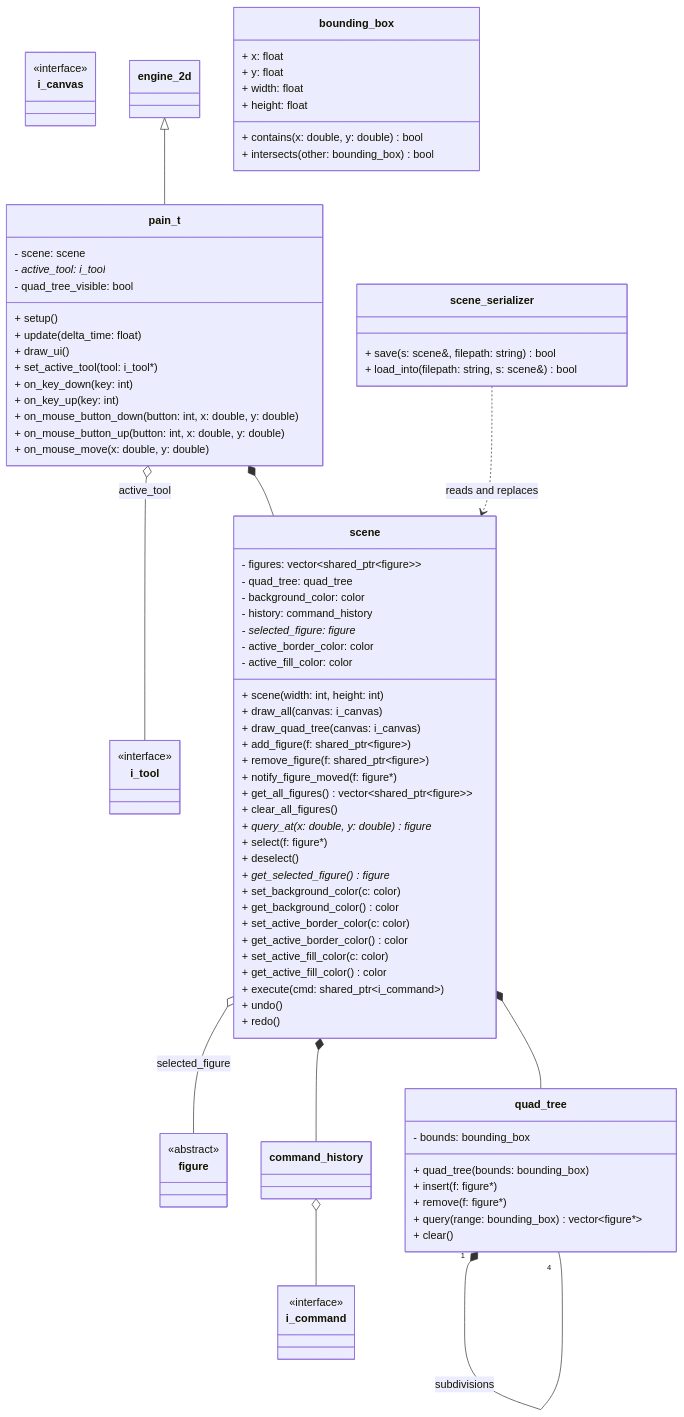
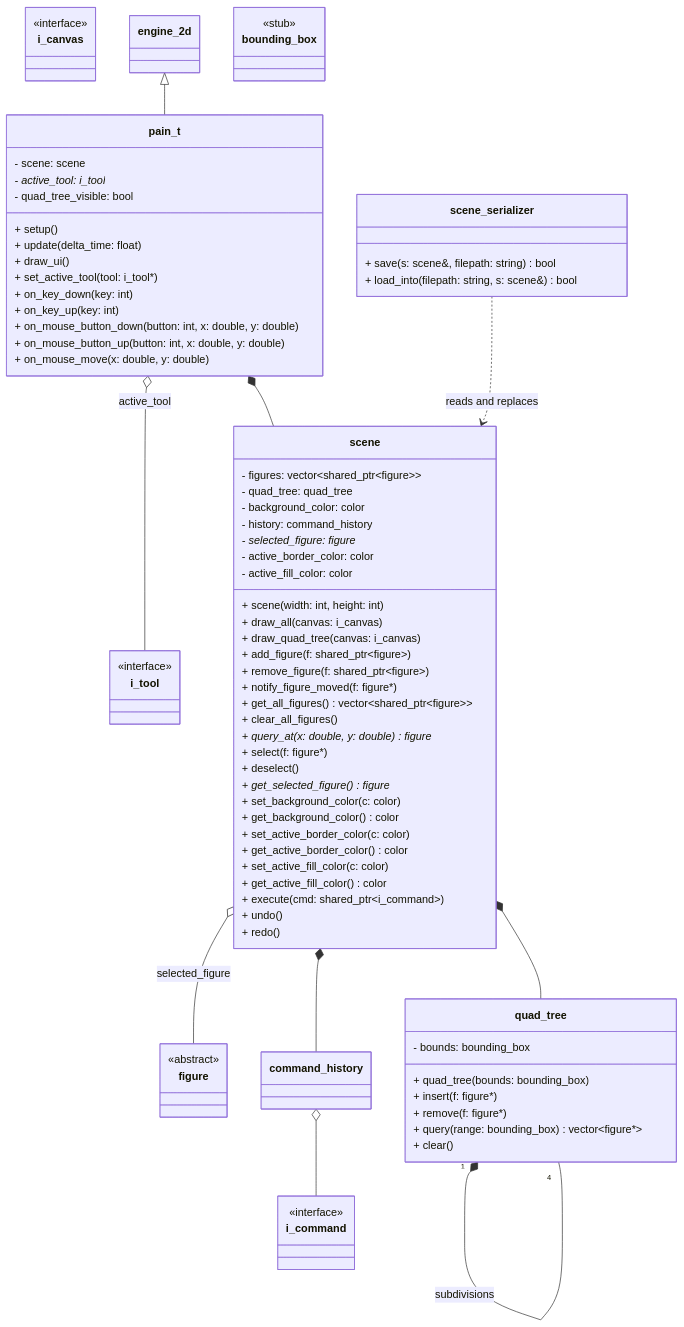
The diagram in diagrams/scene.md (MiguelCiav/pain_t), drawn with Mermaid before and after one commit. The commit also changed other lines of this file and 61 other files, not shown here.

```diff
--- a/diagrams/scene.md
+++ b/diagrams/scene.md
@@ -12,15 +12,7 @@
     class i_tool { <<interface>> }
     class i_canvas { <<interface>> }
     class engine_2d
-
-    class bounding_box {
-        + x: float
-        + y: float
-        + width: float
-        + height: float
-        + contains(x: double, y: double) bool
-        + intersects(other: bounding_box) bool
-    }
+    class bounding_box { <<stub>> }
 
     class quad_tree {
         - bounds: bounding_box
```
